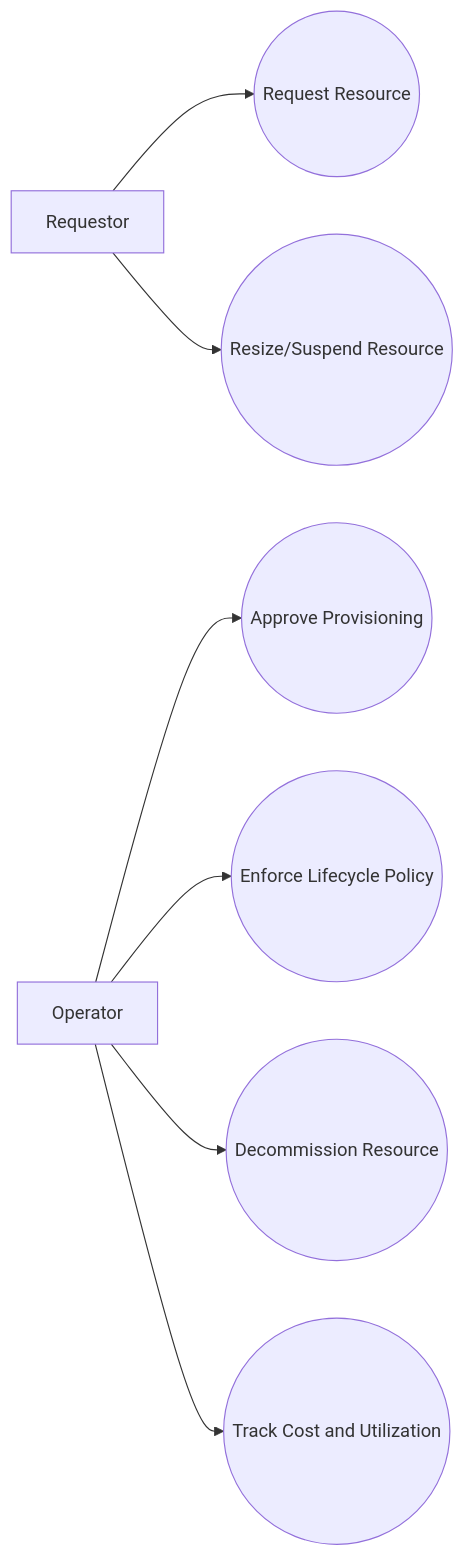
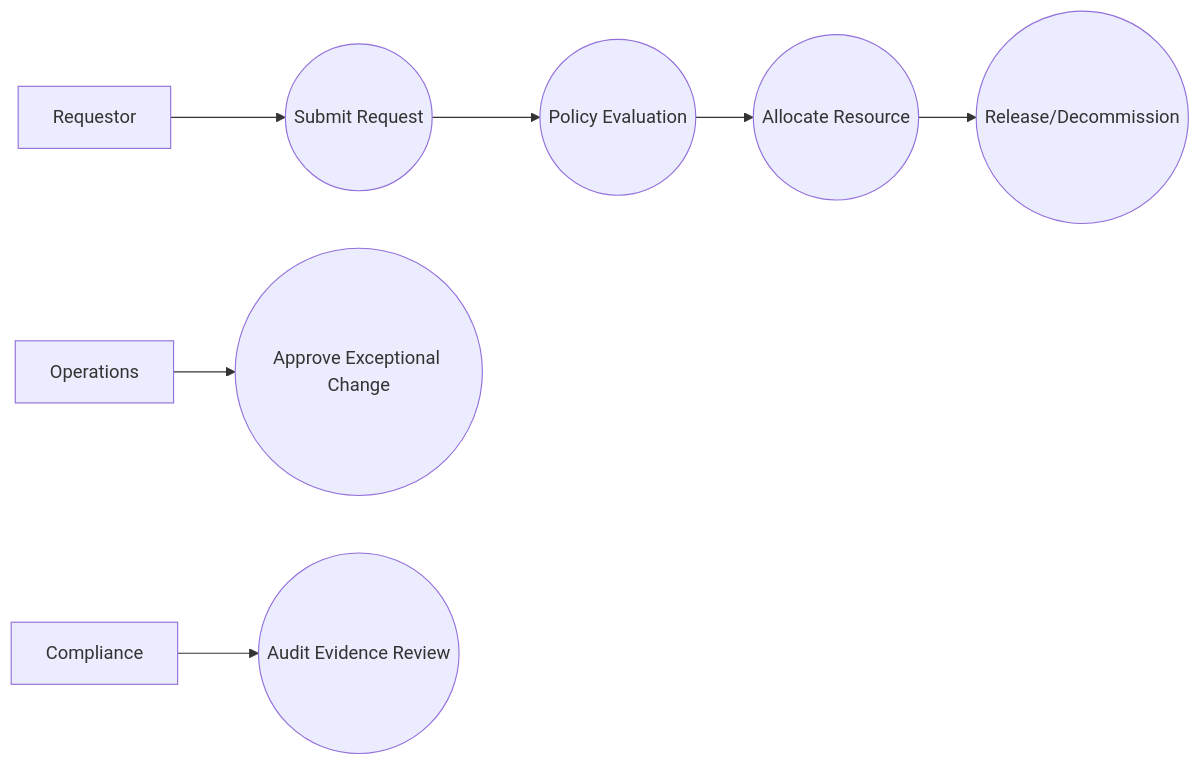
One commit to 0Ankit0/Project-Ideas changed the diagram in Resource Lifecycle Management Platform/analysis/use-case-diagram.md. Above: the diagram before and after it, drawn with Mermaid. The commit also changed other lines of this file and 37 other files, not shown here.

````diff
--- a/Resource Lifecycle Management Platform/analysis/use-case-diagram.md
+++ b/Resource Lifecycle Management Platform/analysis/use-case-diagram.md
@@ -3,9 +34,7 @@
 ```mermaid
 flowchart LR
-  Requestor --> UC1((Request Resource))
-  Operator --> UC2((Approve Provisioning))
-  Requestor --> UC3((Resize/Suspend Resource))
-  Operator --> UC4((Enforce Lifecycle Policy))
-  Operator --> UC5((Decommission Resource))
-  Operator --> UC6((Track Cost and Utilization))
+  Req[Requestor] --> Intake((Submit Request))
+  Ops[Operations] --> Approve((Approve Exceptional Change))
+  Intake --> Policy((Policy Evaluation)) --> Alloc((Allocate Resource)) --> Close((Release/Decommission))
+  Comp[Compliance] --> Audit((Audit Evidence Review))
 ```
````
